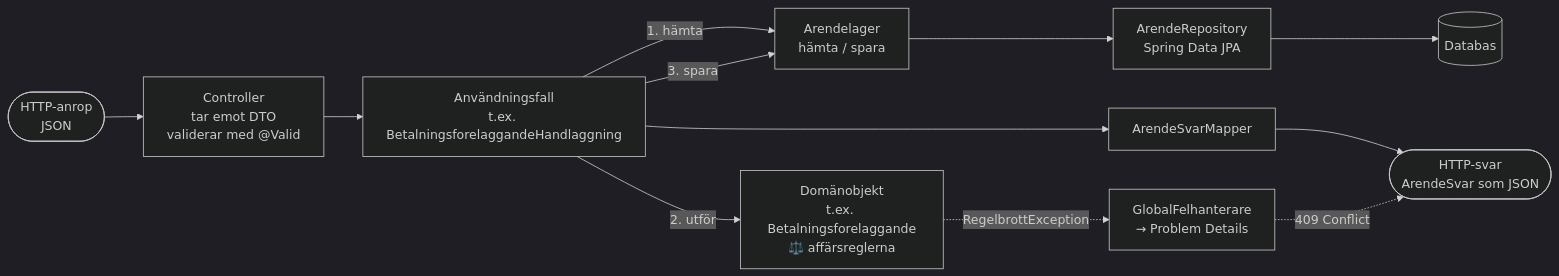
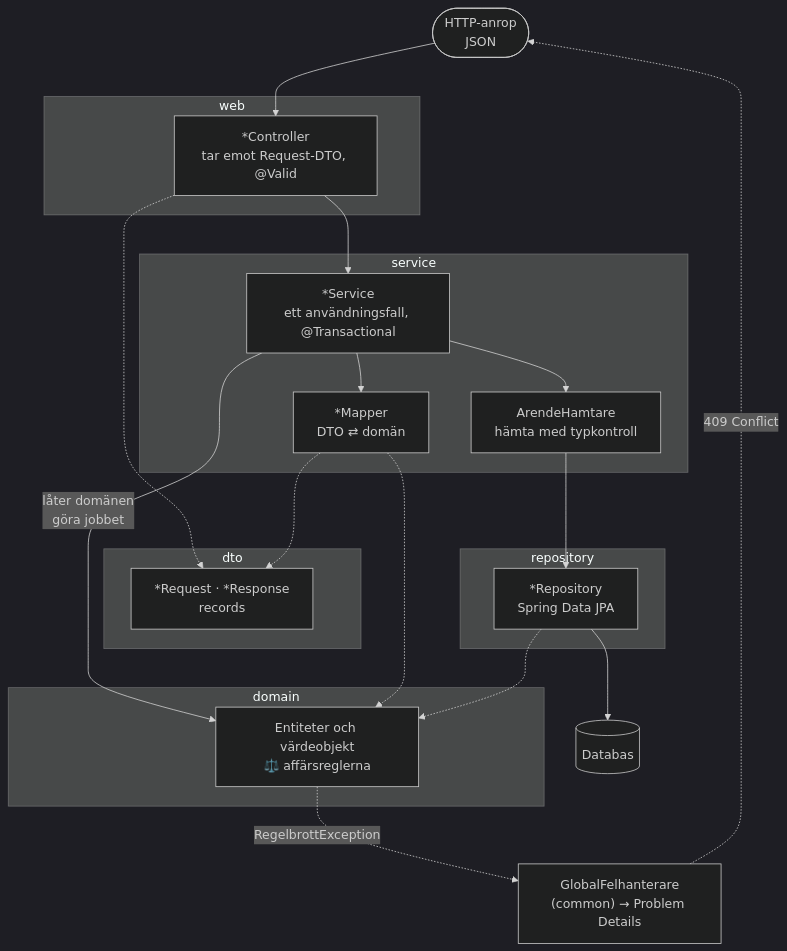
One commit to JudyTutala95/skuld-handlaggning changed the third of 14 diagrams in docs/diagram.md. Above: the diagram before and after it, drawn with Mermaid (dark theme). The commit also changed other lines of this file and 127 other files, not shown here.

First line of the commit message:
Inför lagren controller → service → repository i varje modul

````diff
--- a/docs/diagram.md
+++ b/docs/diagram.md
@@ -90,21 +94,36 @@
 ```mermaid
-flowchart LR
+flowchart TB
     HTTP(["HTTP-anrop<br/>JSON"])
-    CTRL["Controller<br/>tar emot DTO<br/>validerar med @Valid"]
-    UC["Användningsfall<br/>t.ex. BetalningsforelaggandeHandlaggning"]
-    LAGER["Arendelager<br/>hämta / spara"]
-    DOM["Domänobjekt<br/>t.ex. Betalningsforelaggande<br/>⚖️ affärsreglerna"]
-    REPO["ArendeRepository<br/>Spring Data JPA"]
+
+    subgraph web["web"]
+        CTRL["*Controller<br/>tar emot Request-DTO, @Valid"]
+    end
+    subgraph dto["dto"]
+        REQ["*Request · *Response<br/>records"]
+    end
+    subgraph service["service"]
+        SVC["*Service<br/>ett användningsfall, @Transactional"]
+        MAP["*Mapper<br/>DTO ⇄ domän"]
+        HAMT["ArendeHamtare<br/>hämta med typkontroll"]
+    end
+    subgraph domain["domain"]
+        DOM["Entiteter och värdeobjekt<br/>⚖️ affärsreglerna"]
+    end
+    subgraph repository["repository"]
+        REPO["*Repository<br/>Spring Data JPA"]
+    end
     DB[("Databas")]
-    MAP["ArendeSvarMapper"]
-    SVAR(["HTTP-svar<br/>ArendeSvar som JSON"])
-    FEL["GlobalFelhanterare<br/>→ Problem Details"]
+    FEL["GlobalFelhanterare<br/>(common) → Problem Details"]
 
-    HTTP --> CTRL --> UC
-    UC -->|1. hämta| LAGER --> REPO --> DB
-    UC -->|2. utför| DOM
-    UC -->|3. spara| LAGER
-    UC --> MAP --> SVAR
+    HTTP --> CTRL
+    CTRL --> SVC
+    CTRL -.-> REQ
+    SVC --> MAP
+    SVC --> HAMT --> REPO --> DB
+    SVC -->|"låter domänen<br/>göra jobbet"| DOM
+    MAP -.-> REQ
+    MAP -.-> DOM
+    REPO -.-> DOM
     DOM -. "RegelbrottException" .-> FEL
-    FEL -. "409 Conflict" .-> SVAR
+    FEL -. "409 Conflict" .-> HTTP
 ```
````
